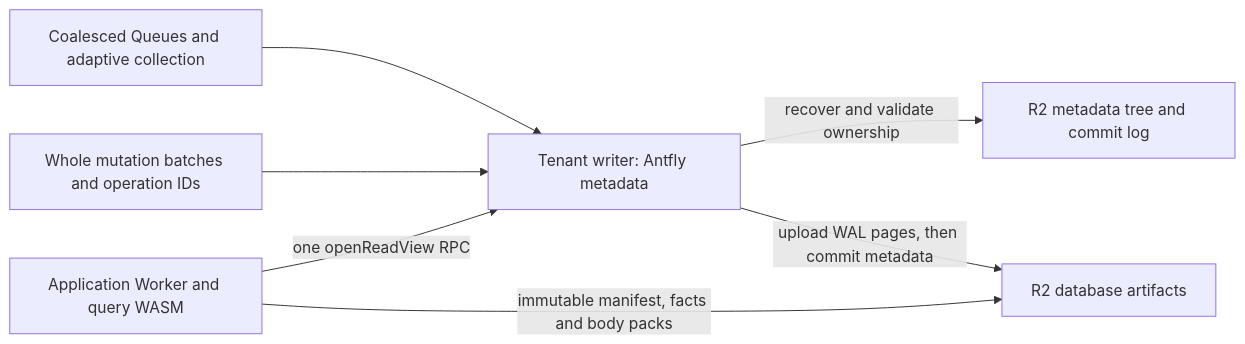
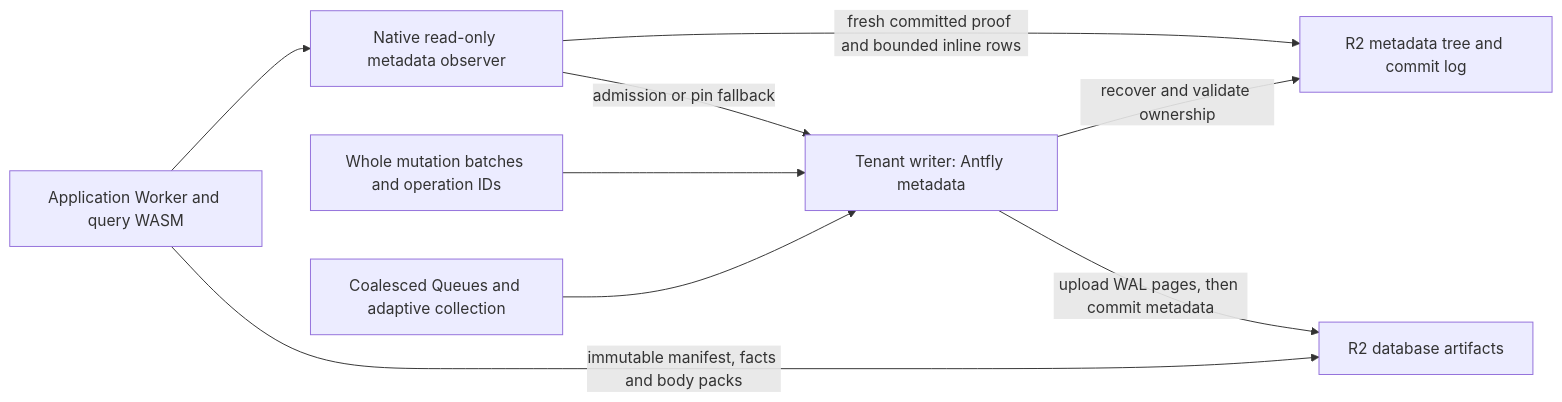
The first of 2 diagrams in docs/design/cloudflare-performance.md (antflydb/antfly), drawn with Mermaid before and after one commit. The commit also changed other lines of this file and 1 other file, not shown here.

Commit message:
clarify current native read path and qualification status

````diff
--- a/docs/design/cloudflare-performance.md
+++ b/docs/design/cloudflare-performance.md
@@ -9,9 +9,11 @@
 ```mermaid
 flowchart LR
-  App[Application Worker and query WASM] -->|one openReadView RPC| Writer[Tenant writer: Antfly metadata]
-  Writer -->|recover and validate ownership| Meta[R2 metadata tree and commit log]
+  App[Application Worker and query WASM] --> Observer[Native read-only metadata observer]
+  Observer -->|fresh committed proof and bounded inline rows| Meta[R2 metadata tree and commit log]
+  Observer -->|admission or pin fallback| Writer[Tenant writer: Antfly metadata]
+  Writer -->|recover and validate ownership| Meta
   App -->|immutable manifest, facts and body packs| Data[R2 database artifacts]
   Writes[Whole mutation batches and operation IDs] --> Writer
   Writer -->|upload WAL pages, then commit metadata| Data
   Maintenance[Coalesced Queues and adaptive collection] --> Writer
 ```
````
